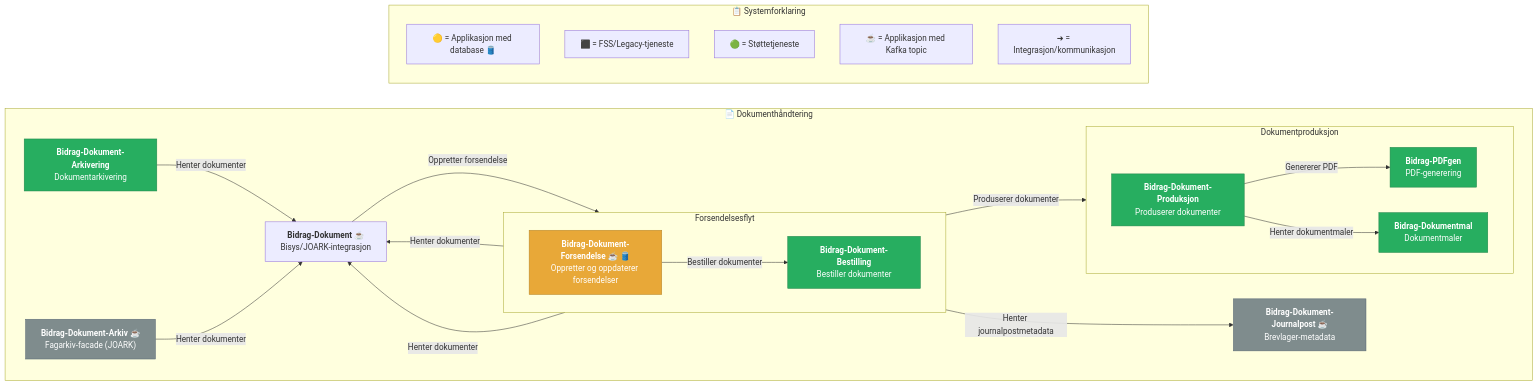
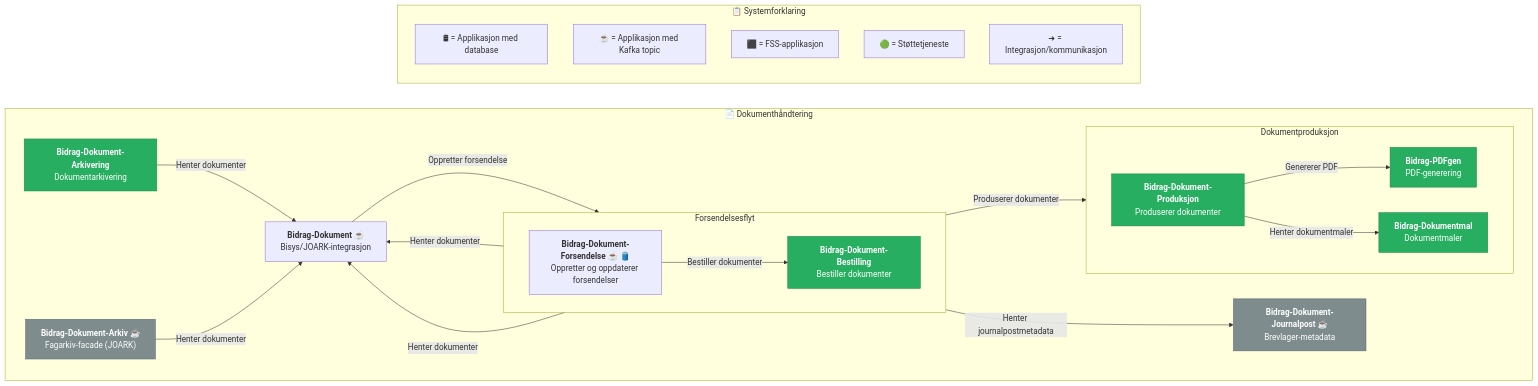
Before and after one commit to navikt/bidrag-dokumentasjon: the diagram in dokumentasjon/systemdokumentasjon/dokumenthåndtering.mermaid, drawn with Mermaid. The commit also changed 5 other files, not shown here.

```diff
--- a/dokumentasjon/systemdokumentasjon/dokumenthåndtering.mermaid
+++ b/dokumentasjon/systemdokumentasjon/dokumenthåndtering.mermaid
@@ -1,74 +1,72 @@
 ---
 config:
   layout: fixed
 ---
 graph LR
 
     classDef frontend fill:#4A90D9,color:#fff,stroke:#2c6fad
     classDef legacyFSS fill:#7F8C8D,color:#fff,stroke:#566573
-    classDef withDb fill:#E8A838,color:#fff,stroke:#b5852a
     classDef legacyApp fill:#C0392B,color:#fff,stroke:#922b21
     classDef utility fill:#27AE60,color:#fff,stroke:#1e8449
     classDef external fill:#BDC3C7,color:#333,stroke:#95A5A6,stroke-dasharray: 5 5
 
     subgraph Dokumenthåndtering["📄 Dokumenthåndtering"]
         direction LR
 
         BidragDokument["<b>Bidrag-Dokument</b> ☕<br/>Bisys/JOARK-integrasjon"]
         BidragDokumentArkiv["<b>Bidrag-Dokument-Arkiv</b> ☕<br/>Fagarkiv-facade (JOARK)"]
         BidragDokumentJournalpost["<b>Bidrag-Dokument-Journalpost</b> ☕<br/>Brevlager-metadata"]
         BidragDokumentArkivering["<b>Bidrag-Dokument-Arkivering</b><br/>Dokumentarkivering"]
 
         subgraph Forsendelse["Forsendelsesflyt"]
             direction LR
             BidragDokumentForsendelse["<b>Bidrag-Dokument-Forsendelse</b> ☕ 🛢️<br/>Oppretter og oppdaterer forsendelser"]
             BidragDokumentBestilling["<b>Bidrag-Dokument-Bestilling</b><br/>Bestiller dokumenter"]
         end
 
         subgraph Produksjon["Dokumentproduksjon"]
             direction LR
             BidragDokumentProduksjon["<b>Bidrag-Dokument-Produksjon</b><br/>Produserer dokumenter"]
             BidragDokumentmal["<b>Bidrag-Dokumentmal</b><br/>Dokumentmaler"]
             BidragPdfgen["<b>Bidrag-PDFgen</b><br/>PDF-generering"]
         end
     end
 
 
     %% Interne koblinger i dokumenthåndtering
     BidragDokument -->|Oppretter forsendelse| BidragDokumentForsendelse
     BidragDokumentArkivering -->|Henter dokumenter| BidragDokument
     BidragDokumentArkiv -->|Henter dokumenter| BidragDokument
 
     BidragDokumentForsendelse -->|Bestiller dokumenter| BidragDokumentBestilling
     BidragDokumentForsendelse -->|Henter journalpostmetadata| BidragDokumentJournalpost
     BidragDokumentForsendelse -->|Henter dokumenter| BidragDokument
 
     BidragDokumentBestilling -->|Produserer dokumenter| BidragDokumentProduksjon
     BidragDokumentBestilling -->|Henter dokumenter| BidragDokument
 
     BidragDokumentProduksjon -->|Genererer PDF| BidragPdfgen
     BidragDokumentProduksjon -->|Henter dokumentmaler| BidragDokumentmal
 
 
     %% Color assignments
-    class BidragDokumentForsendelse withDb
     class BidragDokumentArkiv,BidragDokumentJournalpost legacyFSS
     class BidragDokumentArkivering,BidragDokumentBestilling,BidragDokumentProduksjon,BidragDokumentmal,BidragPdfgen utility
 
     click BidragDokument visApplikasjon "Åpne applikasjonsbeskrivelse"
     click BidragDokumentArkiv visApplikasjon "Åpne applikasjonsbeskrivelse"
     click BidragDokumentJournalpost visApplikasjon "Åpne applikasjonsbeskrivelse"
     click BidragDokumentArkivering visApplikasjon "Åpne applikasjonsbeskrivelse"
     click BidragDokumentBestilling visApplikasjon "Åpne applikasjonsbeskrivelse"
     click BidragDokumentForsendelse visApplikasjon "Åpne applikasjonsbeskrivelse"
     click BidragDokumentProduksjon visApplikasjon "Åpne applikasjonsbeskrivelse"
     click BidragDokumentmal visApplikasjon "Åpne applikasjonsbeskrivelse"
     click BidragPdfgen visApplikasjon "Åpne applikasjonsbeskrivelse"
 
     subgraph Legend["📋 Systemforklaring"]
-        LegendDb["🟡 = Applikasjon med database 🛢️"]
-        LegendFSS["⬛ = FSS/Legacy-tjeneste"]
+        LegendDb["🛢 = Applikasjon med database"]
+        LegendKafka["☕ = Applikasjon med Kafka topic"]
+        LegendFSS["⬛ = FSS-applikasjon"]
         LegendUtility["🟢 = Støttetjeneste"]
-        LegendKafka["☕ = Applikasjon med Kafka topic"]
         LegendArrows["➜ = Integrasjon/kommunikasjon"]
     end
```
